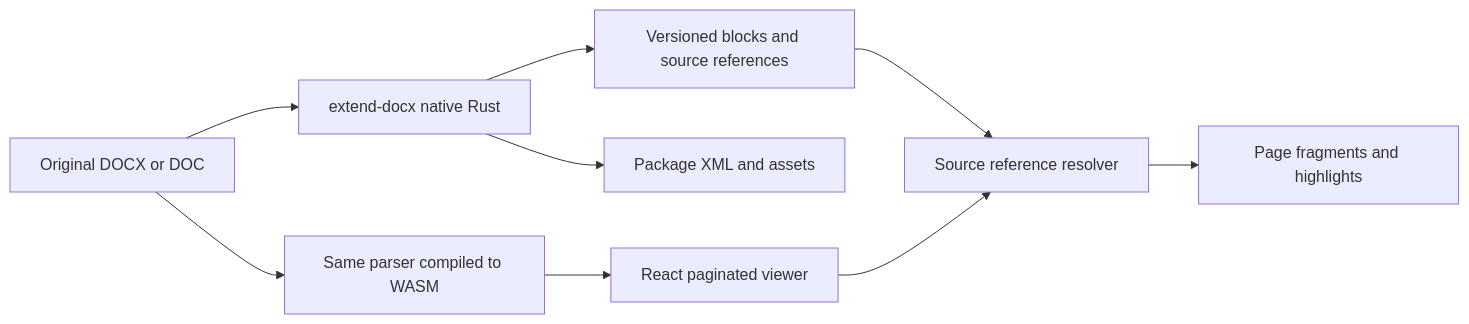
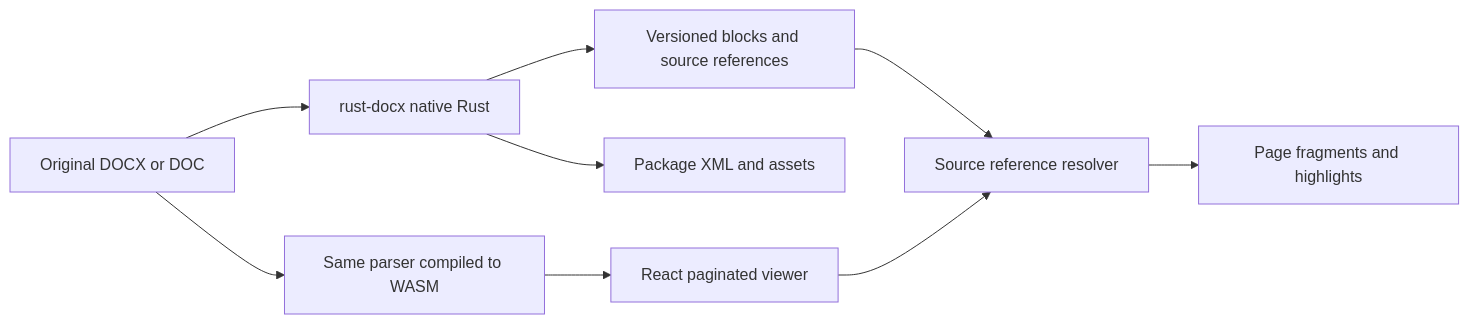
Before and after one commit to extend-hq/react-docx: the diagram in docs/structured-blocks.md, drawn with Mermaid. The commit also changed other lines of this file and 12 other files, not shown here.

Commit message:
Use Rust Office in React DOCX 0.14.2

````diff
--- a/docs/structured-blocks.md
+++ b/docs/structured-blocks.md
@@ -5,11 +5,11 @@
 ```mermaid
 flowchart LR
-  Upload[Original DOCX or DOC] --> Core[extend-docx native Rust]
+  Upload[Original DOCX or DOC] --> Core[rust-docx native Rust]
   Core --> Blocks[Versioned blocks and source references]
   Core --> Source[Package XML and assets]
   Upload --> Wasm[Same parser compiled to WASM]
   Wasm --> Viewer[React paginated viewer]
   Blocks --> Resolve[Source reference resolver]
   Viewer --> Resolve
   Resolve --> Fragments[Page fragments and highlights]
 ```
````
